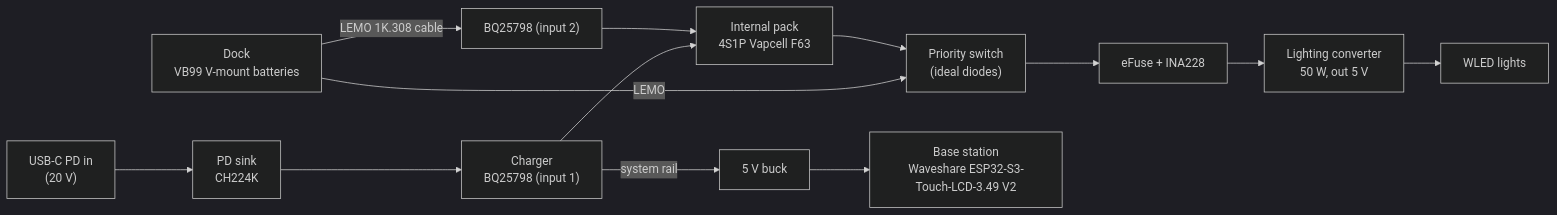
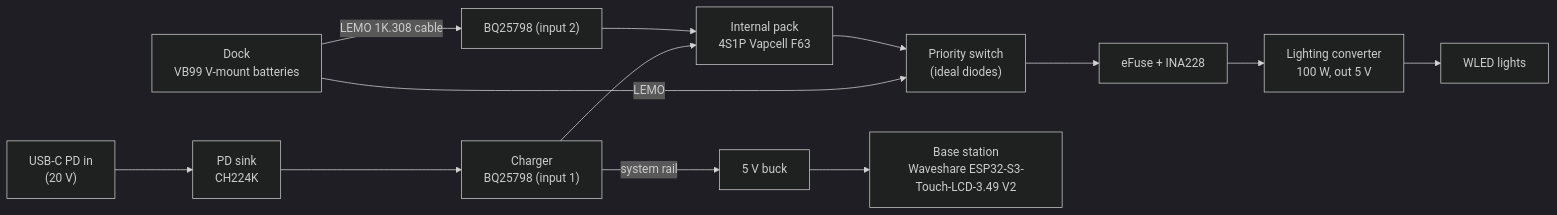
Before and after one commit to snowyfox/Nibbles: the diagram in docs/power.md, drawn with Mermaid (dark theme). The commit also changed other lines of this file and 1 other file, not shown here.

First line of the commit message:
Power: measured full-white draw, 100 W converter, WLED limits

````diff
--- a/docs/power.md
+++ b/docs/power.md
@@ -21,15 +21,15 @@
 ```mermaid
 flowchart LR
   USB["USB-C PD in<br/>(20 V)"] --> PD["PD sink<br/>CH224K"]
   PD --> CHG["Charger<br/>BQ25798 (input 1)"]
   DOCK["Dock<br/>VB99 V-mount batteries"] -- "LEMO 1K.308 cable" --> CHG2["BQ25798 (input 2)"]
   DOCK -- "LEMO" --> MUX["Priority switch<br/>(ideal diodes)"]
   CHG --> PACK["Internal pack<br/>4S1P Vapcell F63"]
   CHG2 --> PACK
   PACK --> MUX
   MUX --> EFUSE["eFuse + INA228"]
-  EFUSE --> CONV["Lighting converter<br/>50 W, out 5 V"]
+  EFUSE --> CONV["Lighting converter<br/>100 W, out 5 V"]
   CONV --> LEDS["WLED lights"]
   CHG -- "system rail" --> BUCK["5 V buck"]
   BUCK --> BASE["Base station<br/>Waveshare ESP32-S3-Touch-LCD-3.49 V2"]
 ```
````
